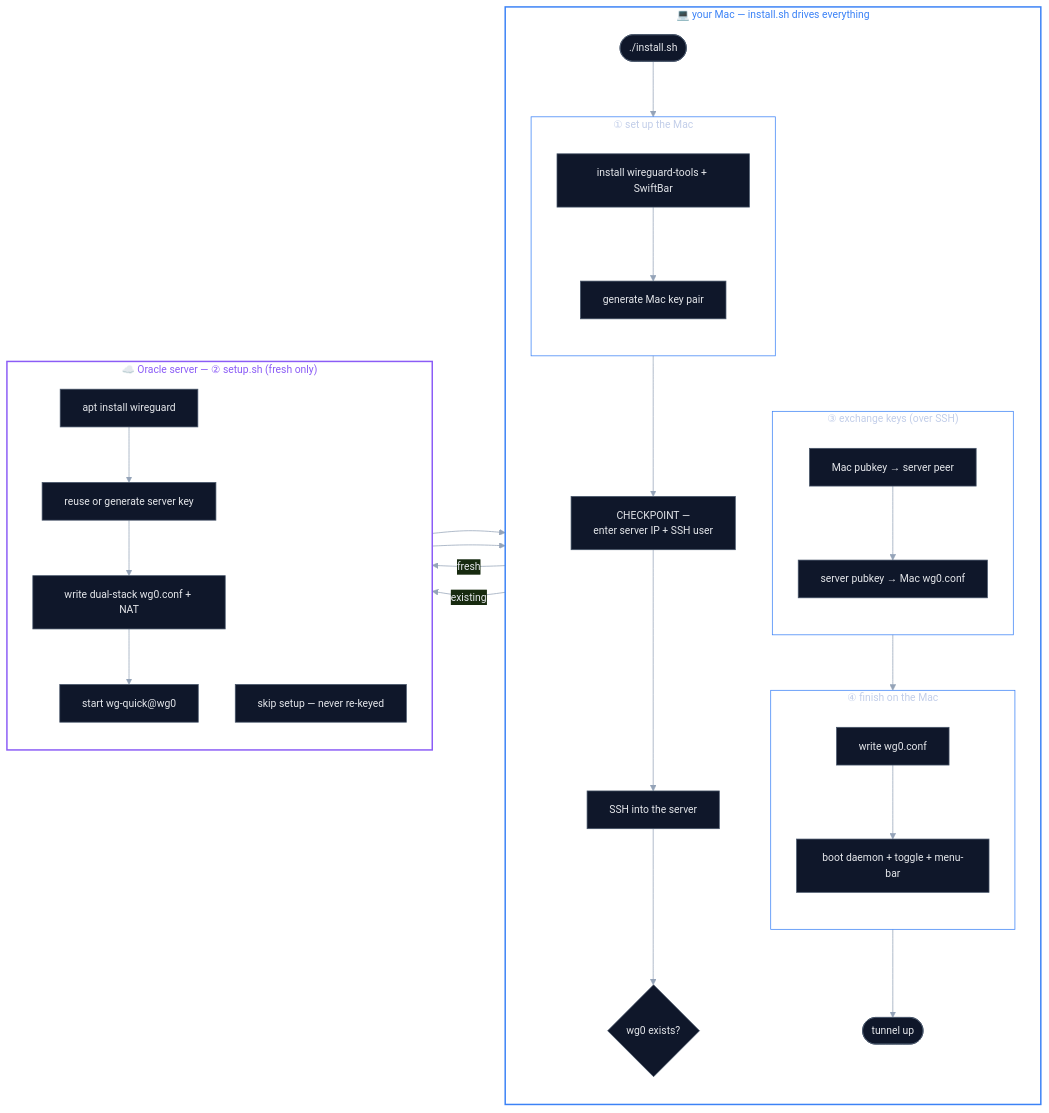
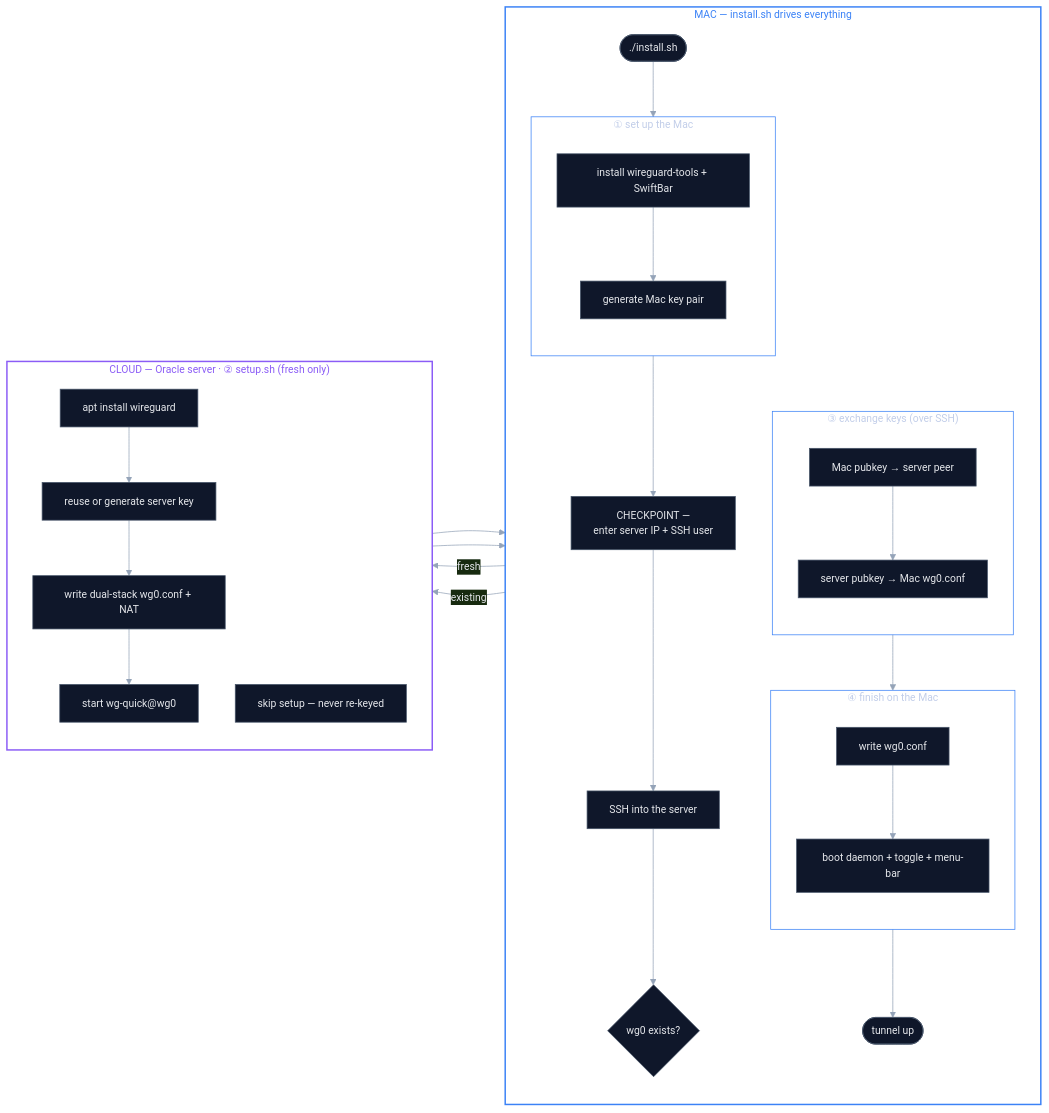
Before and after one commit to codereyinish/ColdVPN: the diagram in README.md, drawn with Mermaid.

Commit message:
README diagram: plain MAC / CLOUD labels instead of emoji

````diff
--- a/README.md
+++ b/README.md
@@ -65,45 +65,45 @@
 ```mermaid
 %%{init: {'theme':'base','themeVariables':{'primaryColor':'#0f172a','primaryTextColor':'#e5e7eb','primaryBorderColor':'#475569','lineColor':'#94a3b8','fontSize':'14px'}}}%%
 flowchart LR
-    subgraph MAC["💻 your Mac — install.sh drives everything"]
+    subgraph MAC["MAC — install.sh drives everything"]
         direction TB
         Start(["./install.sh"]) --> S1
         S1 --> CP["CHECKPOINT —<br/>enter server IP + SSH user"]
         CP --> SSH["SSH into the server"]
         SSH --> Q{"wg0 exists?"}
         S3 --> S4
         S4 --> Done(["tunnel up"])
 
         subgraph S1["① set up the Mac"]
             direction TB
             a1["install wireguard-tools + SwiftBar"] --> a2["generate Mac key pair"]
         end
         subgraph S3["③ exchange keys (over SSH)"]
             direction TB
             c1["Mac pubkey → server peer"] --> c2["server pubkey → Mac wg0.conf"]
         end
         subgraph S4["④ finish on the Mac"]
             direction TB
             d1["write wg0.conf"] --> d2["boot daemon + toggle + menu-bar"]
         end
     end
 
     Q -->|"fresh"| b1
     Q -->|"existing"| SKIP
     b4 --> S3
     SKIP --> S3
 
-    subgraph ORACLE["☁️ Oracle server — ② setup.sh (fresh only)"]
+    subgraph ORACLE["CLOUD — Oracle server · ② setup.sh (fresh only)"]
         direction TB
         b1["apt install wireguard"] --> b2["reuse or generate server key"]
         b2 --> b3["write dual-stack wg0.conf + NAT"]
         b3 --> b4["start wg-quick@wg0"]
         SKIP["skip setup — never re-keyed"]
     end
 
     style MAC fill:none,stroke:#3b82f6,stroke-width:2px,color:#3b82f6
     style ORACLE fill:none,stroke:#8b5cf6,stroke-width:2px,color:#8b5cf6
     style S1 fill:none,stroke:#3b82f6
     style S3 fill:none,stroke:#3b82f6
     style S4 fill:none,stroke:#3b82f6
 ```
````
